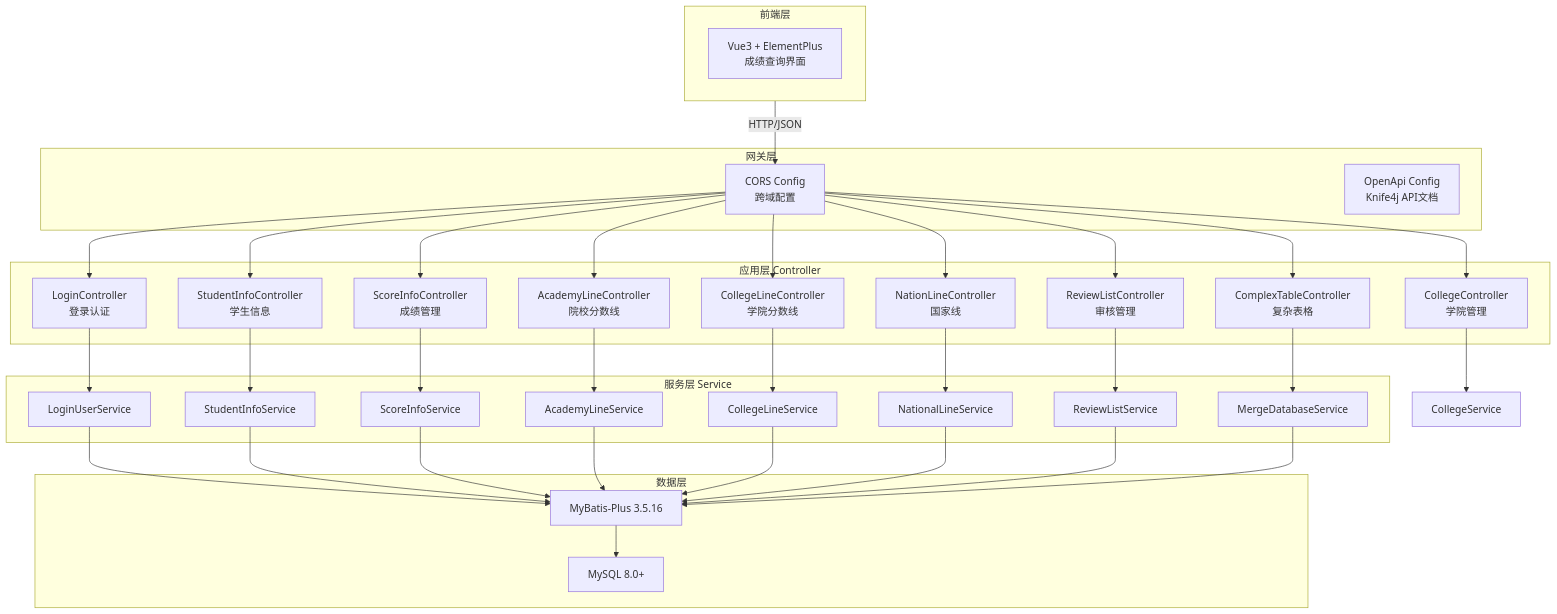
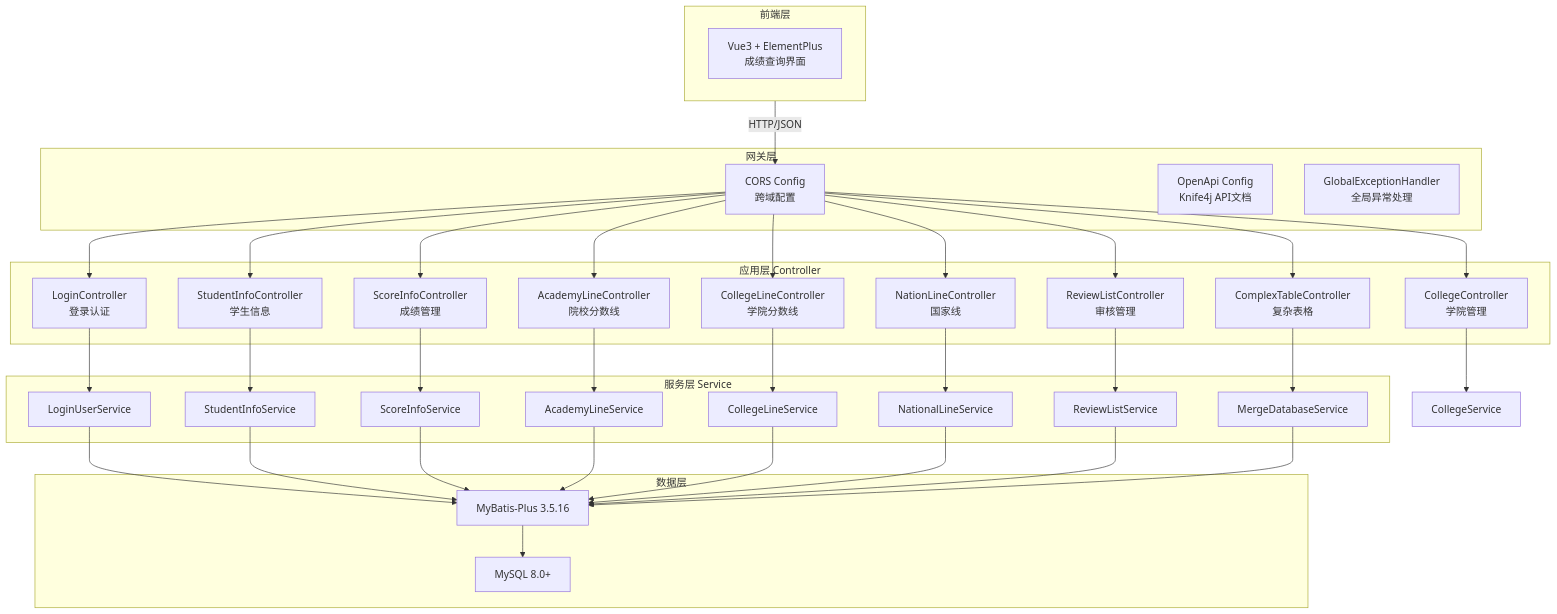
One commit to junwOpenSourceProjects/JOSP-ExaminationSystemJava changed the first of 3 diagrams in README.md. Above: the diagram before and after it, drawn with Mermaid.

Commit message:
docs(backend): update architecture diagram in README
Reflect the actual config package by adding GlobalExceptionHandler to the
gateway layer and removing the non-existent SecurityConfig node.

````diff
--- a/README.md
+++ b/README.md
@@ -15,71 +15,72 @@
 ```mermaid
 graph TB
     subgraph Frontend["前端层"]
         Vue3["Vue3 + ElementPlus<br/>成绩查询界面"]
     end
 
     subgraph Gateway["网关层"]
         Cors["CORS Config<br/>跨域配置"]
         OpenApi["OpenApi Config<br/>Knife4j API文档"]
+        GlobalException["GlobalExceptionHandler<br/>全局异常处理"]
     end
 
     subgraph Application["应用层 Controller"]
         Login["LoginController<br/>登录认证"]
         Student["StudentInfoController<br/>学生信息"]
         Score["ScoreInfoController<br/>成绩管理"]
         AcademyLine["AcademyLineController<br/>院校分数线"]
         College["CollegeController<br/>学院管理"]
         CollegeLine["CollegeLineController<br/>学院分数线"]
         Nation["NationLineController<br/>国家线"]
         Review["ReviewListController<br/>审核管理"]
         Complex["ComplexTableController<br/>复杂表格"]
     end
 
     subgraph Service["服务层 Service"]
         LoginUserService["LoginUserService"]
         StudentInfoService["StudentInfoService"]
         ScoreInfoService["ScoreInfoService"]
         AcademyLineService["AcademyLineService"]
         CollegeLineService["CollegeLineService"]
         NationalLineService["NationalLineService"]
         ReviewListService["ReviewListService"]
         MergeDatabaseService["MergeDatabaseService"]
     end
 
     subgraph Data["数据层"]
         MyBatisPlus["MyBatis-Plus 3.5.16"]
         MySQL["MySQL 8.0+"]
     end
 
     Frontend -->|HTTP/JSON| Cors
     Cors --> Login
     Cors --> Student
     Cors --> Score
     Cors --> AcademyLine
     Cors --> College
     Cors --> CollegeLine
     Cors --> Nation
     Cors --> Review
     Cors --> Complex
 
     Login --> LoginUserService
     Student --> StudentInfoService
     Score --> ScoreInfoService
     AcademyLine --> AcademyLineService
     College --> CollegeService
     CollegeLine --> CollegeLineService
     Nation --> NationalLineService
     Review --> ReviewListService
     Complex --> MergeDatabaseService
 
     LoginUserService --> MyBatisPlus
     StudentInfoService --> MyBatisPlus
     ScoreInfoService --> MyBatisPlus
     AcademyLineService --> MyBatisPlus
     CollegeLineService --> MyBatisPlus
     NationalLineService --> MyBatisPlus
     ReviewListService --> MyBatisPlus
     MergeDatabaseService --> MyBatisPlus
 
     MyBatisPlus --> MySQL
 ```
````
